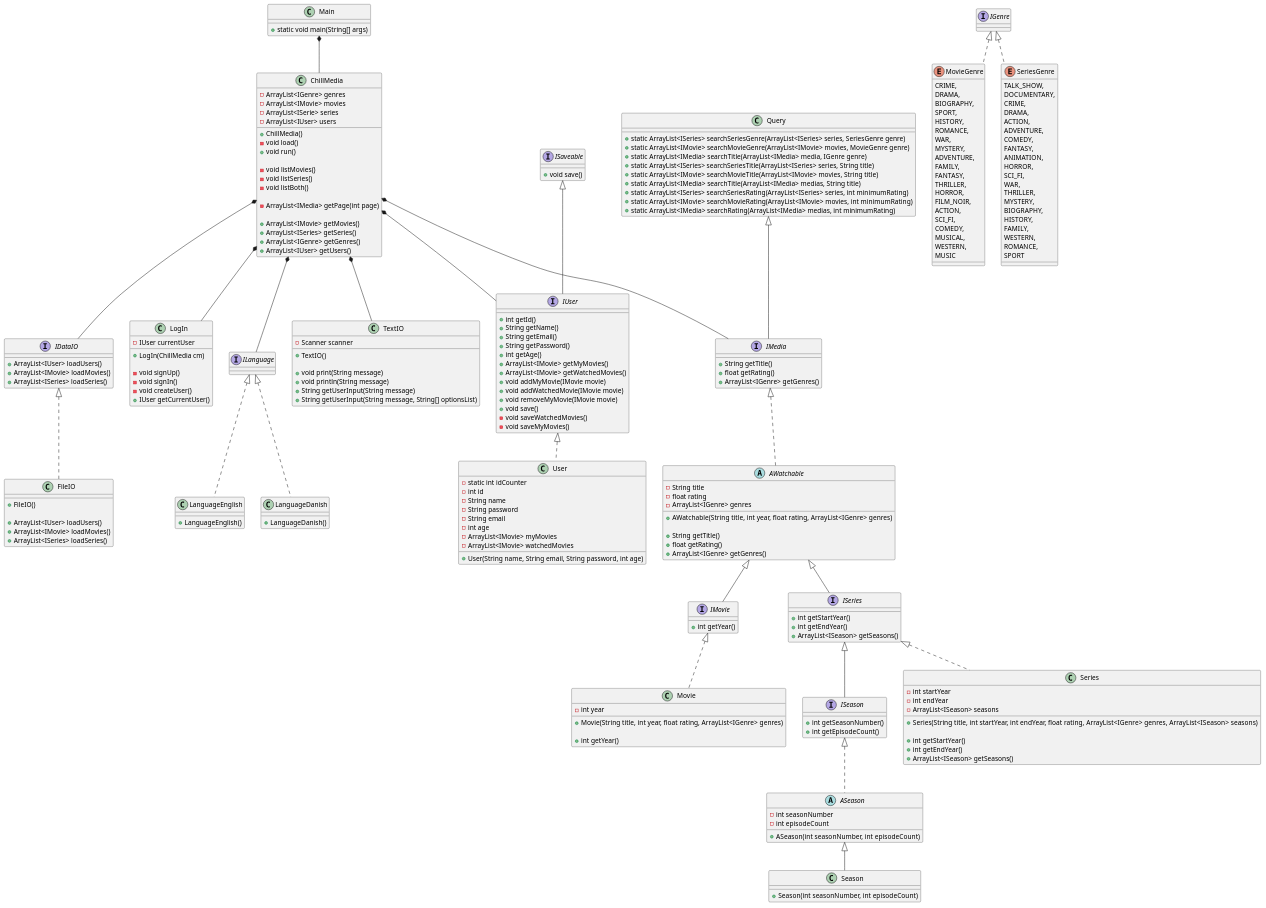
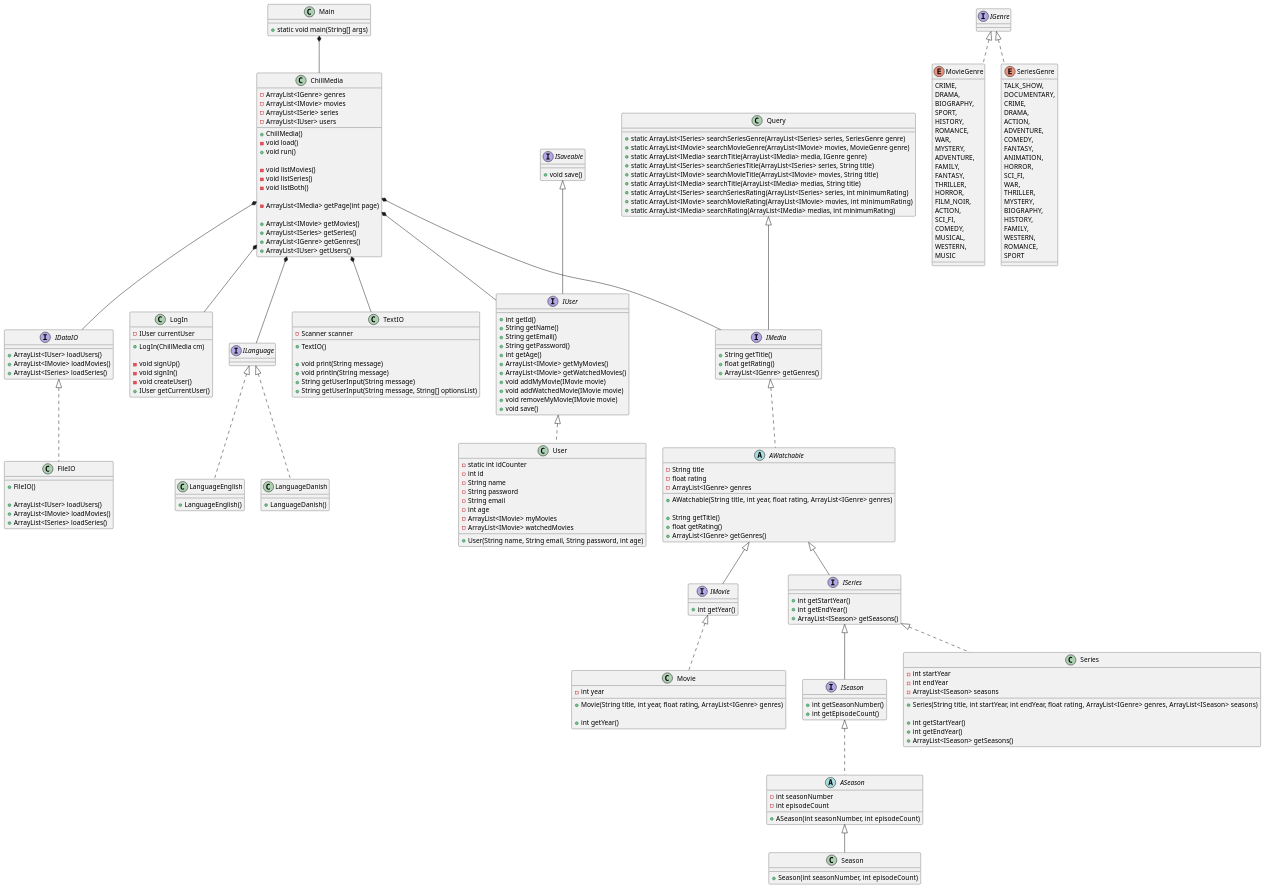
The diagram in Documentation/Streamingtjeneste.puml (Peter537/Dat1-SP3), drawn with PlantUML before and after one commit. The commit also changed 2 other files, not shown here.

```diff
--- a/Documentation/Streamingtjeneste.puml
+++ b/Documentation/Streamingtjeneste.puml
@@ -181,8 +181,6 @@
     + void addWatchedMovie(IMovie movie)
     + void removeMyMovie(IMovie movie)
     + void save()
-    - void saveWatchedMovies()
-    - void saveMyMovies()
 }
 
 interface IDataIO {
```
